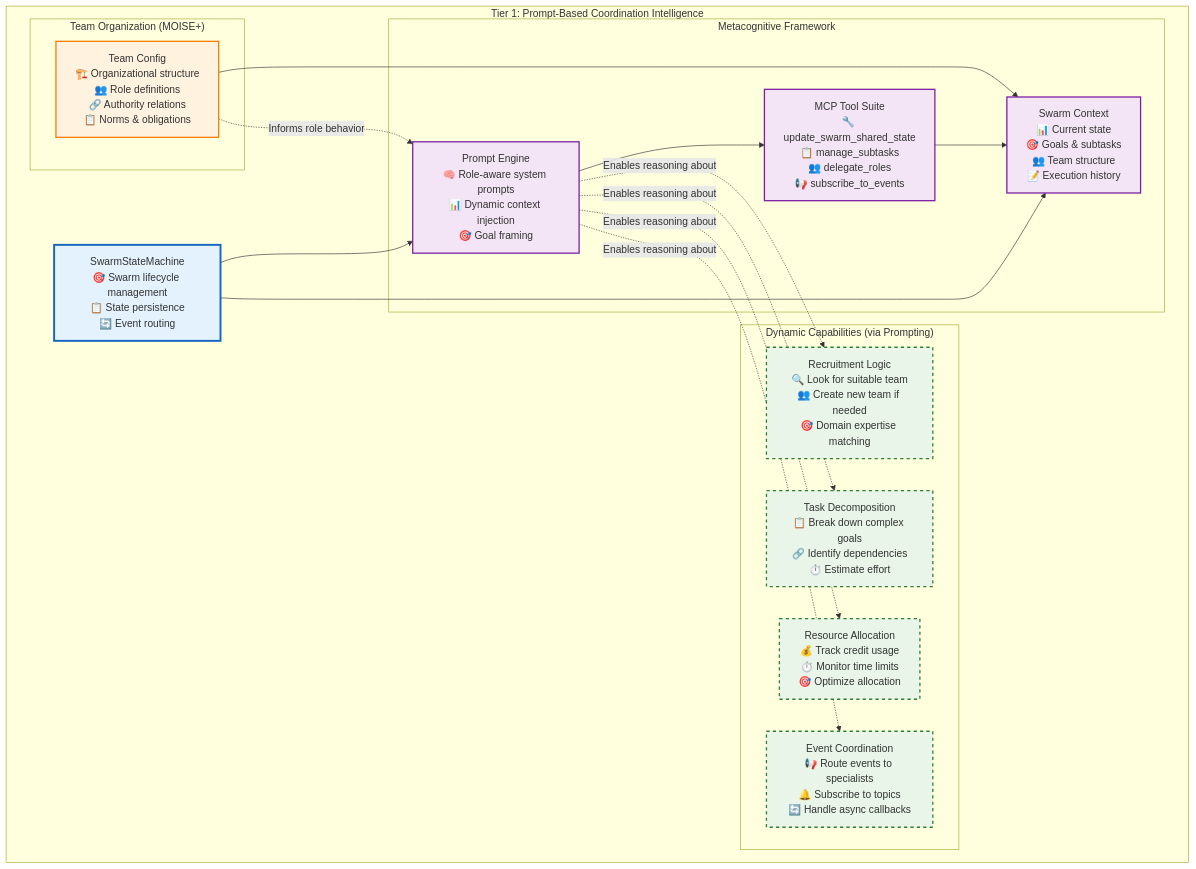
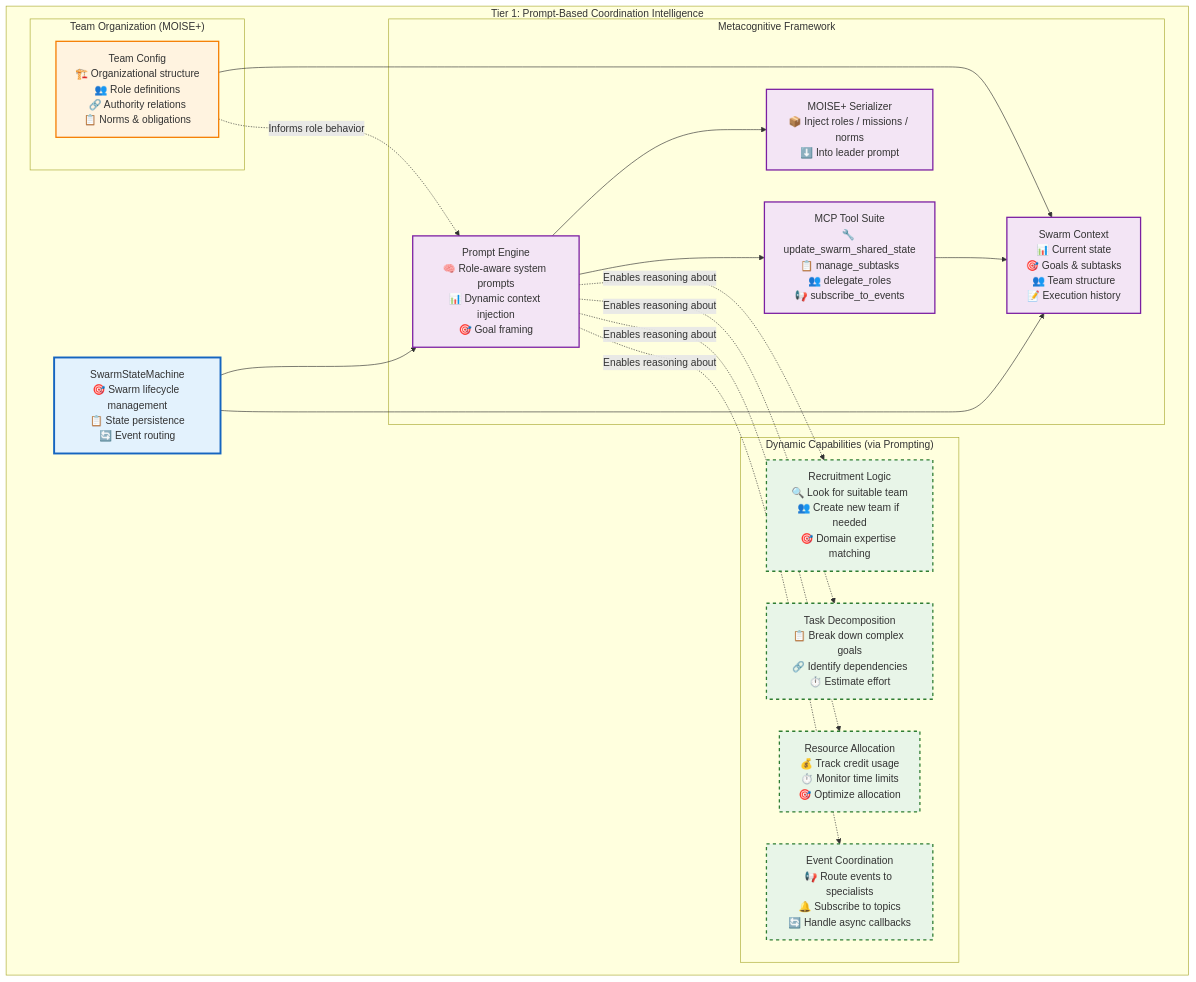
One commit to Vrooli/Vrooli changed the tenth of 49 diagrams in docs/ai-execution-architecture.md. Above: the diagram before and after it, drawn with Mermaid. The commit also changed other lines of this file, not shown here.

Commit message:
Execution architecture p13

````diff
--- a/docs/ai-execution-architecture.md
+++ b/docs/ai-execution-architecture.md
@@ -396,53 +347,56 @@
 ```mermaid
 graph TB
     subgraph "Tier 1: Prompt-Based Coordination Intelligence"
         SwarmStateMachine[SwarmStateMachine<br/>🎯 Swarm lifecycle management<br/>📋 State persistence<br/>🔄 Event routing]
         
         subgraph "Metacognitive Framework"
             PromptEngine[Prompt Engine<br/>🧠 Role-aware system prompts<br/>📊 Dynamic context injection<br/>🎯 Goal framing]
+            
+            MoiseSerializer[MOISE+ Serializer<br/>📦 Inject roles / missions / norms<br/>⬇️ Into leader prompt]
             
             MCPTools[MCP Tool Suite<br/>🔧 update_swarm_shared_state<br/>📋 manage_subtasks<br/>👥 delegate_roles<br/>📢 subscribe_to_events]
             
             SwarmContext[Swarm Context<br/>📊 Current state<br/>🎯 Goals & subtasks<br/>👥 Team structure<br/>📝 Execution history]
         end
         
         subgraph "Dynamic Capabilities (via Prompting)"
             RecruitmentLogic[Recruitment Logic<br/>🔍 Look for suitable team<br/>👥 Create new team if needed<br/>🎯 Domain expertise matching]
             
             TaskDecomposition[Task Decomposition<br/>📋 Break down complex goals<br/>🔗 Identify dependencies<br/>⏱️ Estimate effort]
             
             ResourceAllocation[Resource Allocation<br/>💰 Track credit usage<br/>⏱️ Monitor time limits<br/>🎯 Optimize allocation]
             
             EventCoordination[Event Coordination<br/>📢 Route events to specialists<br/>🔔 Subscribe to topics<br/>🔄 Handle async callbacks]
         end
         
         subgraph "Team Organization (MOISE+)"
             TeamConfig[Team Config<br/>🏗️ Organizational structure<br/>👥 Role definitions<br/>🔗 Authority relations<br/>📋 Norms & obligations]
         end
     end
     
     %% Connections
     SwarmStateMachine --> PromptEngine
     SwarmStateMachine --> SwarmContext
+    PromptEngine --> MoiseSerializer
     PromptEngine --> MCPTools
     MCPTools --> SwarmContext
     
     %% Dynamic capabilities emerge from prompting
     PromptEngine -.->|"Enables reasoning about"| RecruitmentLogic
     PromptEngine -.->|"Enables reasoning about"| TaskDecomposition
     PromptEngine -.->|"Enables reasoning about"| ResourceAllocation
     PromptEngine -.->|"Enables reasoning about"| EventCoordination
     
     TeamConfig --> SwarmContext
     TeamConfig -.->|"Informs role behavior"| PromptEngine
     
     classDef orchestrator fill:#e3f2fd,stroke:#1565c0,stroke-width:3px
     classDef framework fill:#f3e5f5,stroke:#7b1fa2,stroke-width:2px
-    classDef dynamic fill:#e8f5e8,stroke:#2e7d32,stroke-width:2px,stroke-dasharray: 5 5
+    classDef dynamic fill:#e8f5e8,stroke:#2e7d32,stroke-width:2px,stroke-dasharray:5 5
     classDef team fill:#fff3e0,stroke:#f57c00,stroke-width:2px
     
     class SwarmStateMachine orchestrator
-    class PromptEngine,MCPTools,SwarmContext framework
+    class PromptEngine,MoiseSerializer,MCPTools,SwarmContext framework
     class RecruitmentLogic,TaskDecomposition,ResourceAllocation,EventCoordination dynamic
     class TeamConfig team
 ```
````
